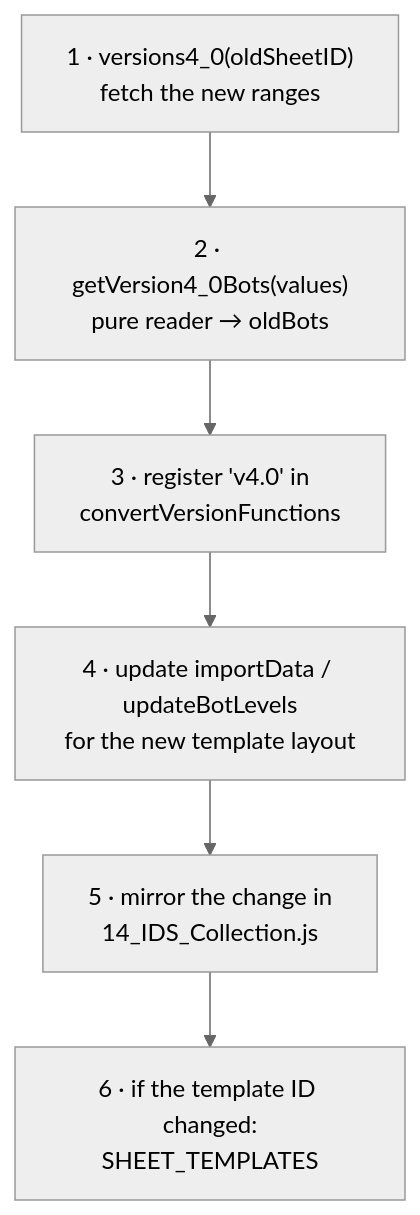
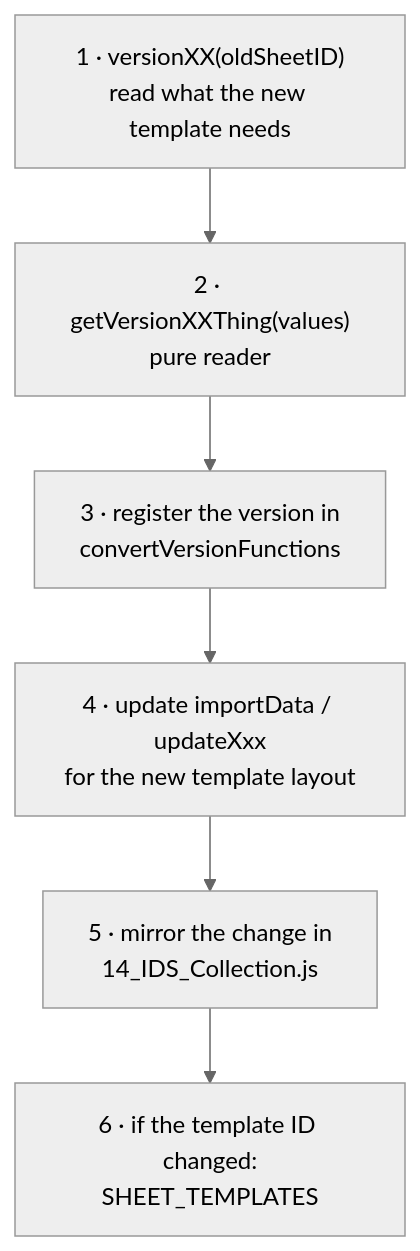
The third of 3 diagrams in documentation/05-sheet-modules.md (Bisse123/The-Tower-App-Script), drawn with Mermaid (neutral theme) before and after one commit. The commit also changed other lines of this file and 12 other files, not shown here.

First line of the commit message:
Document deployment flow and report add-on version

````diff
--- a/documentation/05-sheet-modules.md
+++ b/documentation/05-sheet-modules.md
@@ -349,8 +235,8 @@
 ```mermaid
 flowchart TB
-    A["1 · versions4_0(oldSheetID)<br/>fetch the new ranges"] --> B["2 · getVersion4_0Bots(values)<br/>pure reader → oldBots"]
-    B --> C["3 · register 'v4.0' in<br/>convertVersionFunctions"]
-    C --> D["4 · update importData / updateBotLevels<br/>for the new template layout"]
+    A["1 · versionXX(oldSheetID)<br/>read what the new template needs"] --> B["2 · getVersionXXThing(values)<br/>pure reader"]
+    B --> C["3 · register the version in<br/>convertVersionFunctions"]
+    C --> D["4 · update importData / updateXxx<br/>for the new template layout"]
     D --> E["5 · mirror the change in<br/>14_IDS_Collection.js"]
     E --> F["6 · if the template ID changed:<br/>SHEET_TEMPLATES"]
 ```
````
